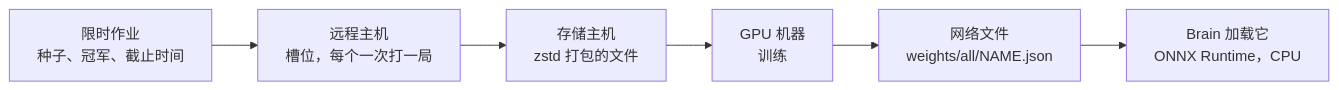
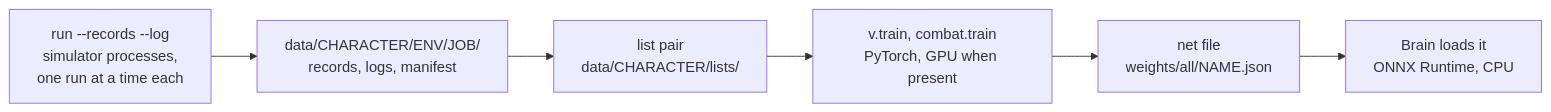
One commit to shinnku-nikaidou/spire-zero changed the diagram in docs/src/content/docs/arch/learning/reference.mdx. Above: the diagram before and after it, drawn with Mermaid. The commit also changed other lines of this file and 164 other files, not shown here.

````diff
--- a/docs/src/content/docs/arch/learning/reference.mdx
+++ b/docs/src/content/docs/arch/learning/reference.mdx
@@ -14,8 +14,8 @@
 ```mermaid
 flowchart LR
-  S["限时作业<br/>种子、冠军、截止时间"] --> W["远程主机<br/>槽位，每个一次打一局"]
-  W --> H["存储主机<br/>zstd 打包的文件"]
-  H --> T["GPU 机器<br/>训练"]
-  T --> WT["网络文件<br/>weights/all/NAME.json"]
-  WT --> B["Brain 加载它<br/>ONNX Runtime，CPU"]
+  R["run --records --log<br/>simulator processes,<br/>one run at a time each"] --> D["data/CHARACTER/ENV/JOB/<br/>records, logs, manifest"]
+  D --> L["list pair<br/>data/CHARACTER/lists/"]
+  L --> T["v.train, combat.train<br/>PyTorch, GPU when present"]
+  T --> WT["net file<br/>weights/all/NAME.json"]
+  WT --> B["Brain loads it<br/>ONNX Runtime, CPU"]
 ```
````
